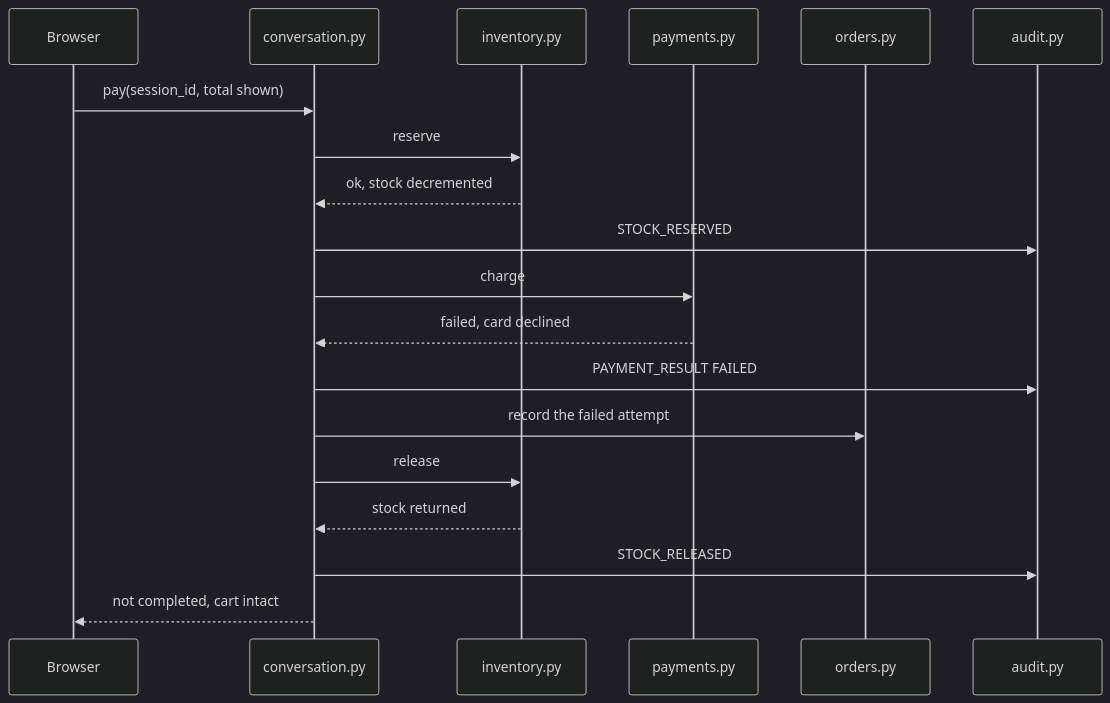
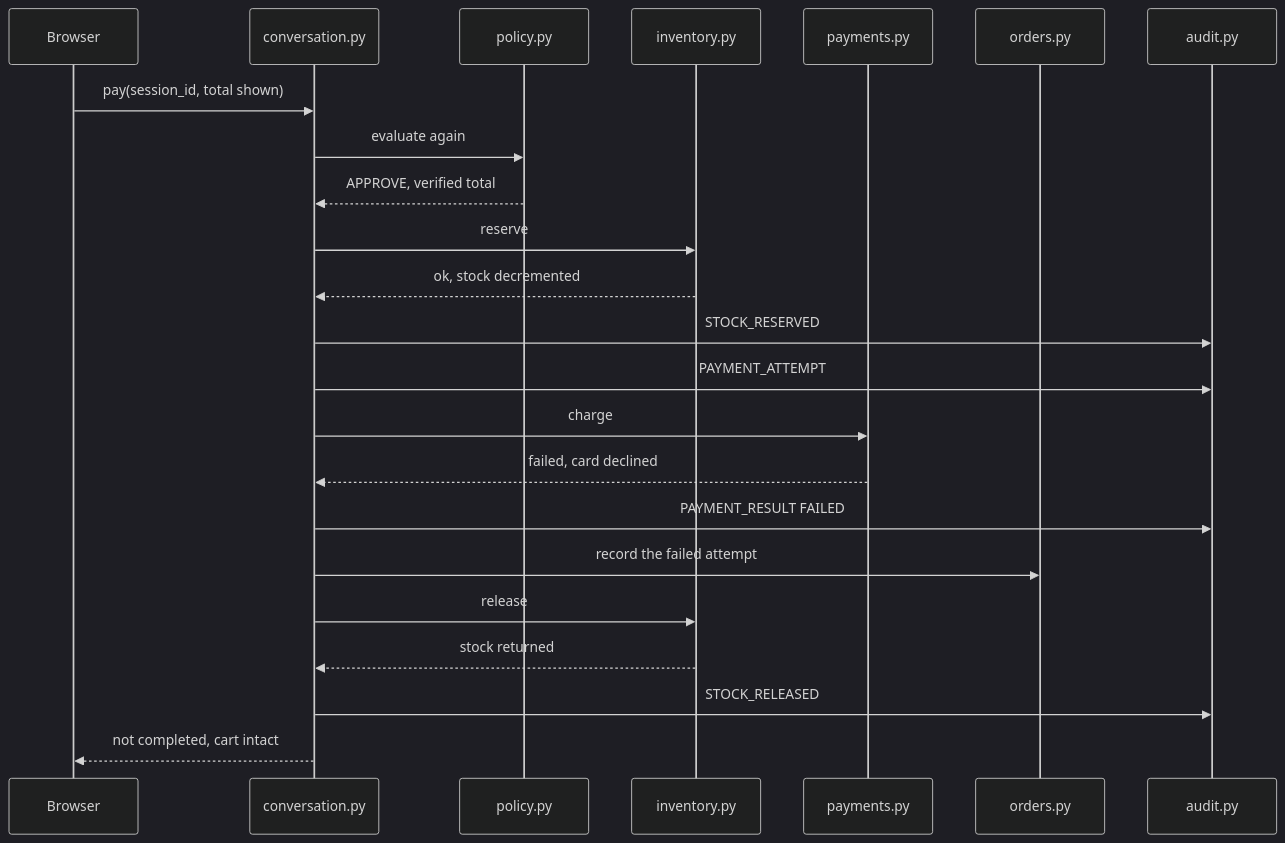
Before and after one commit to akriti706/Agentic-Bakery: the sixth of 8 diagrams in ARCHITECTURE.MD, drawn with Mermaid (dark theme). The commit also changed other lines of this file and 2 other files, not shown here.

````diff
--- a/ARCHITECTURE.MD
+++ b/ARCHITECTURE.MD
@@ -302,22 +299,26 @@
 ```mermaid
 sequenceDiagram
     participant U as Browser
     participant C as conversation.py
+    participant P as policy.py
     participant I as inventory.py
     participant PAY as payments.py
     participant O as orders.py
     participant AU as audit.py
 
     U->>C: pay(session_id, total shown)
+    C->>P: evaluate again
+    P-->>C: APPROVE, verified total
     C->>I: reserve
     I-->>C: ok, stock decremented
     C->>AU: STOCK_RESERVED
+    C->>AU: PAYMENT_ATTEMPT
     C->>PAY: charge
     PAY-->>C: failed, card declined
     C->>AU: PAYMENT_RESULT FAILED
     C->>O: record the failed attempt
     C->>I: release
     I-->>C: stock returned
     C->>AU: STOCK_RELEASED
     C-->>U: not completed, cart intact
 ```
````
